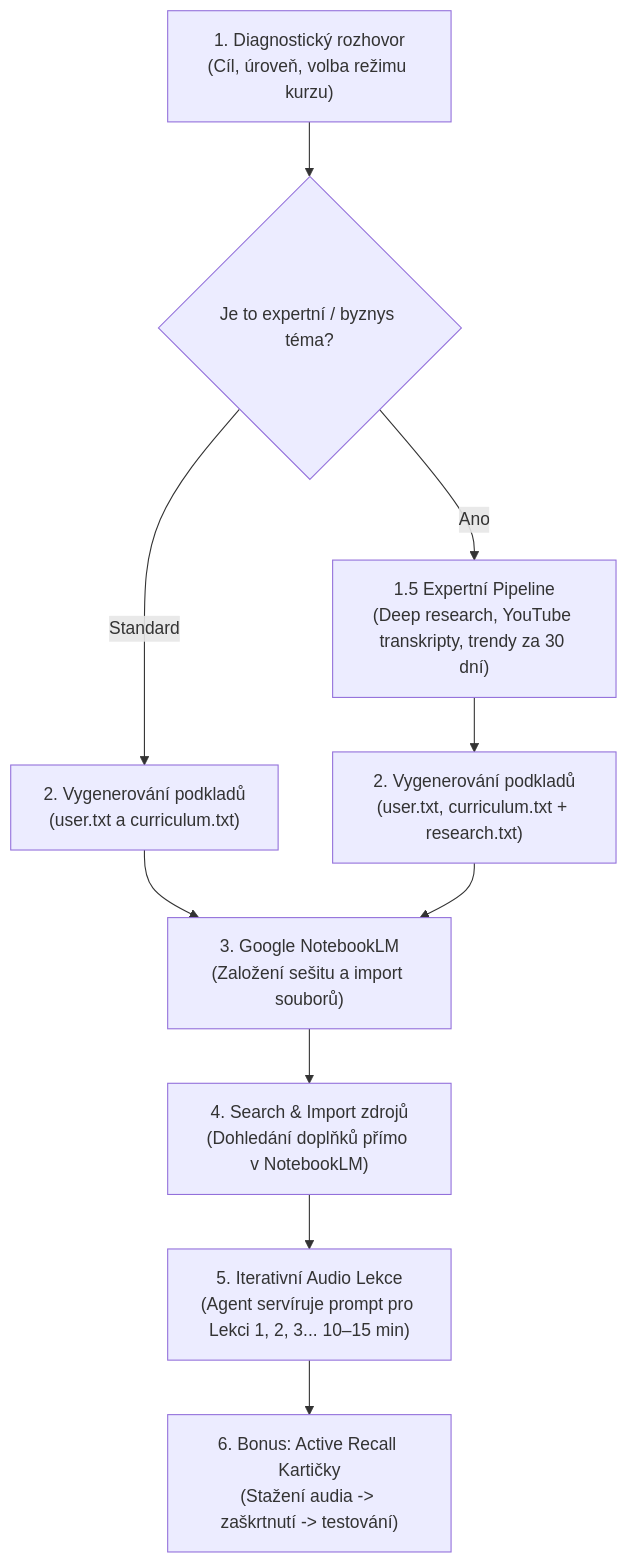
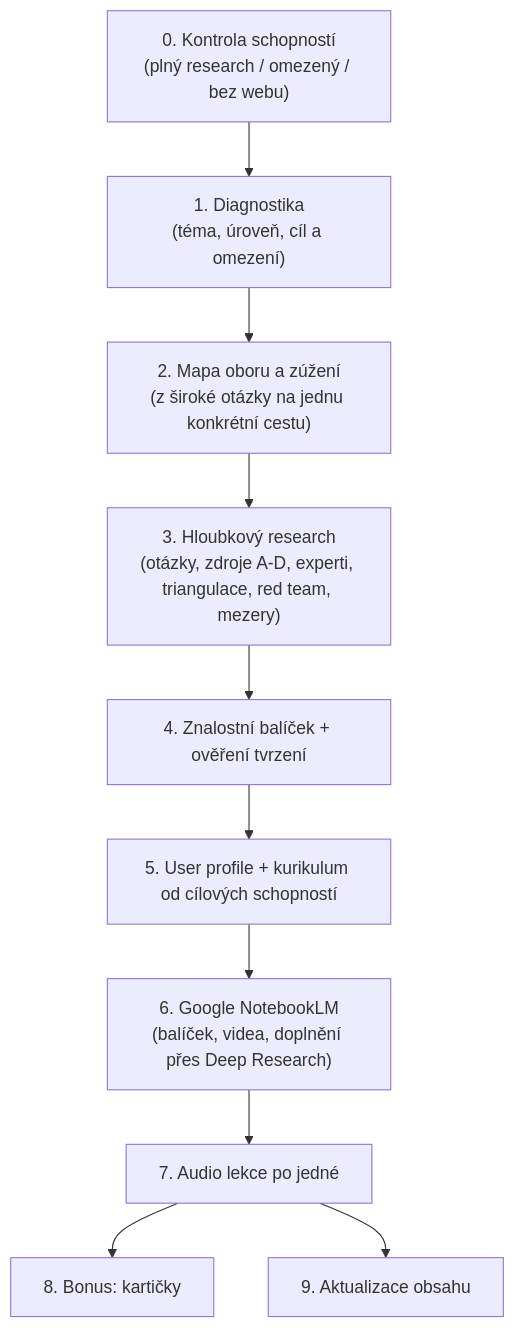
The diagram in README.md (jardaakarb/learning-system-agent), drawn with Mermaid before and after one commit. The commit also changed other lines of this file and 8 other files, not shown here.

Commit message:
Upgrade to v2: evidence-backed research pipeline, domain lenses, modular knowledge pack, backward curriculum design

````diff
--- a/README.md
+++ b/README.md
@@ -35,12 +33,12 @@
 ```mermaid
 flowchart TD
-    A["1. Diagnostický rozhovor\n(Cíl, úroveň, volba režimu kurzu)"] --> A1{"Je to expertní / byznys téma?"}
-    A1 -- Ano --> A2["1.5 Expertní Pipeline\n(Deep research, YouTube transkripty, trendy za 30 dní)"]
-    A1 -- Standard --> B["2. Vygenerování podkladů\n(user.txt a curriculum.txt)"]
-    A2 --> B2["2. Vygenerování podkladů\n(user.txt, curriculum.txt + research.txt)"]
-    B --> C["3. Google NotebookLM\n(Založení sešitu a import souborů)"]
-    B2 --> C
-    C --> D["4. Search & Import zdrojů\n(Dohledání doplňků přímo v NotebookLM)"]
-    D --> E["5. Iterativní Audio Lekce\n(Agent servíruje prompt pro Lekci 1, 2, 3... 10–15 min)"]
-    E --> F["6. Bonus: Active Recall Kartičky\n(Stažení audia -> zaškrtnutí -> testování)"]
+    A0["0. Kontrola schopností\n(plný research / omezený / bez webu)"] --> A["1. Diagnostika\n(téma, úroveň, cíl a omezení)"]
+    A --> B["2. Mapa oboru a zúžení\n(z široké otázky na jednu konkrétní cestu)"]
+    B --> C["3. Hloubkový research\n(otázky, zdroje A-D, experti, triangulace, red team, mezery)"]
+    C --> D["4. Znalostní balíček + ověření tvrzení"]
+    D --> E["5. User profile + kurikulum od cílových schopností"]
+    E --> F["6. Google NotebookLM\n(balíček, videa, doplnění přes Deep Research)"]
+    F --> G["7. Audio lekce po jedné"]
+    G --> H["8. Bonus: kartičky"]
+    G --> I["9. Aktualizace obsahu"]
 ```
````
